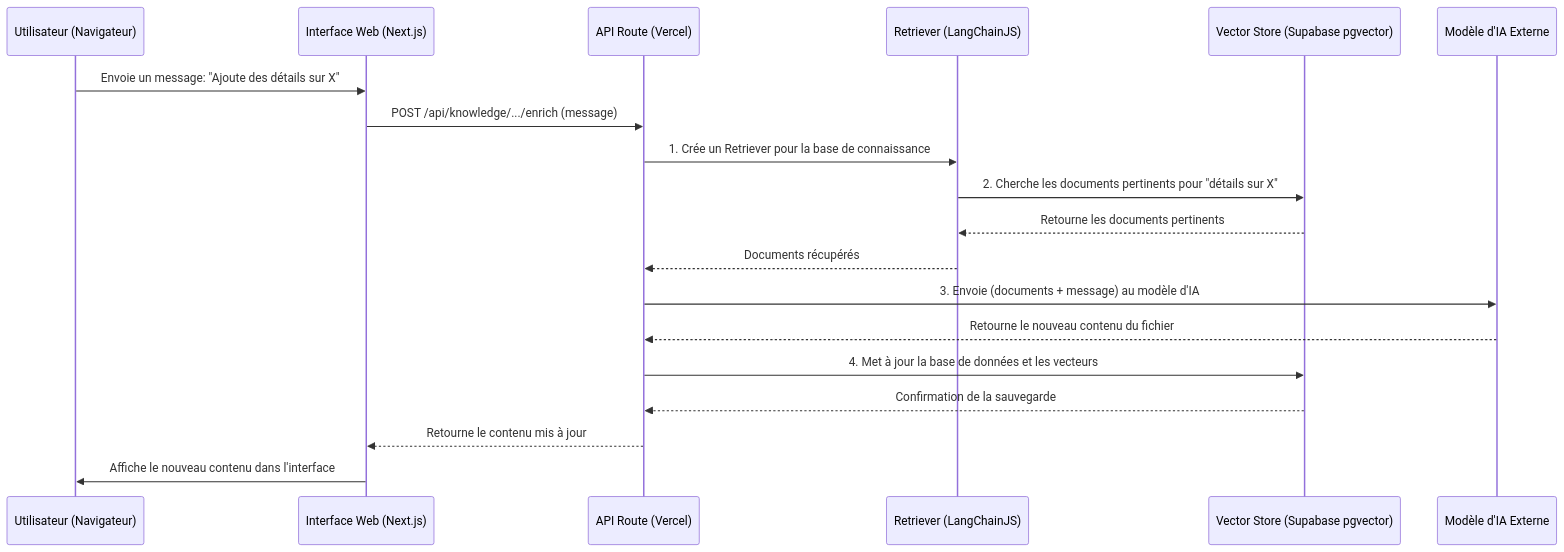
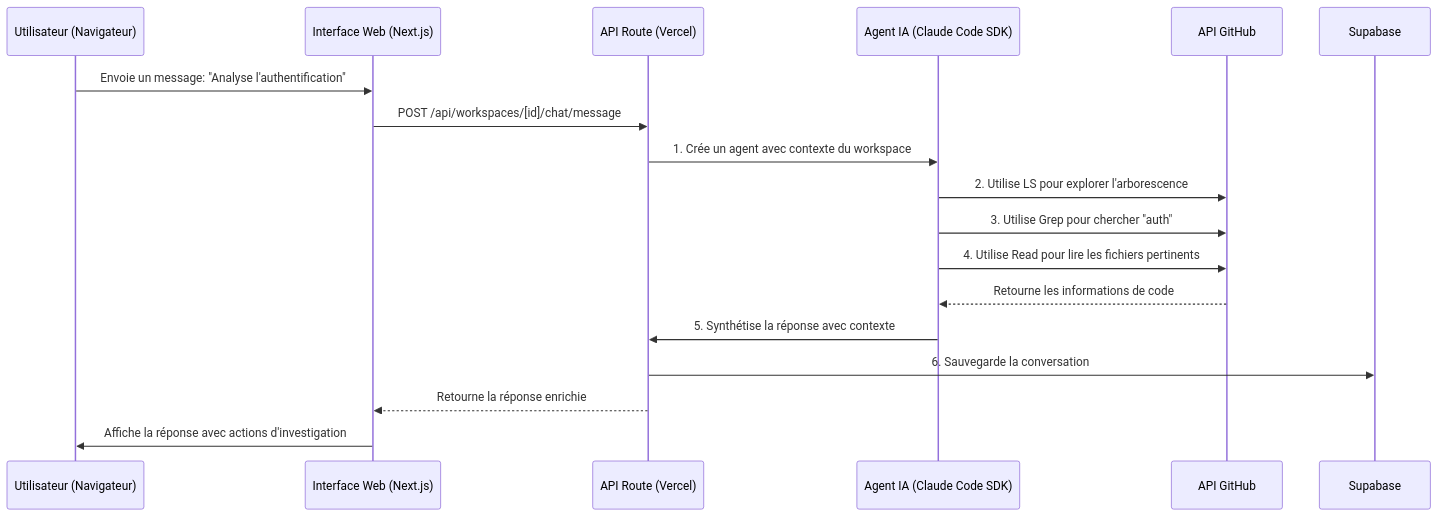
Before and after one commit to glucas1103/ai-context: the second of 3 diagrams in doc/architecture.md, drawn with Mermaid. The commit also changed other lines of this file and 25 other files, not shown here.

Commit message:
refacto folders before claude code sdk

````diff
--- a/doc/architecture.md
+++ b/doc/architecture.md
@@ -144,22 +185,21 @@
 ```mermaid
 sequenceDiagram
     participant User as Utilisateur (Navigateur)
     participant Frontend as Interface Web (Next.js)
     participant API as API Route (Vercel)
-    participant Retriever as Retriever (LangChainJS)
-    participant VectorStore as Vector Store (Supabase pgvector)
-    participant LLM as Modèle d'IA Externe
+    participant Agent as Agent IA (Claude Code SDK)
+    participant GitHub as API GitHub
+    participant DB as Supabase
 
-    User->>Frontend: Envoie un message: "Ajoute des détails sur X"
-    Frontend->>API: POST /api/knowledge/.../enrich (message)
-    API->>Retriever: 1. Crée un Retriever pour la base de connaissance
-    Retriever->>VectorStore: 2. Cherche les documents pertinents pour "détails sur X"
-    VectorStore-->>Retriever: Retourne les documents pertinents
-    Retriever-->>API: Documents récupérés
-    API->>LLM: 3. Envoie (documents + message) au modèle d'IA
-    LLM-->>API: Retourne le nouveau contenu du fichier
-    API->>VectorStore: 4. Met à jour la base de données et les vecteurs
-    VectorStore-->>API: Confirmation de la sauvegarde
-    API-->>Frontend: Retourne le contenu mis à jour
-    Frontend->>User: Affiche le nouveau contenu dans l'interface
+    User->>Frontend: Envoie un message: "Analyse l'authentification"
+    Frontend->>API: POST /api/workspaces/[id]/chat/message
+    API->>Agent: 1. Crée un agent avec contexte du workspace
+    Agent->>GitHub: 2. Utilise LS pour explorer l'arborescence
+    Agent->>GitHub: 3. Utilise Grep pour chercher "auth"
+    Agent->>GitHub: 4. Utilise Read pour lire les fichiers pertinents
+    GitHub-->>Agent: Retourne les informations de code
+    Agent->>API: 5. Synthétise la réponse avec contexte
+    API->>DB: 6. Sauvegarde la conversation
+    API-->>Frontend: Retourne la réponse enrichie
+    Frontend->>User: Affiche la réponse avec actions d'investigation
 ```
````
